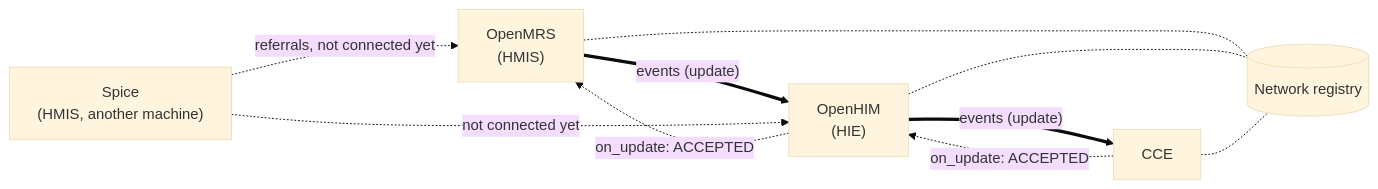
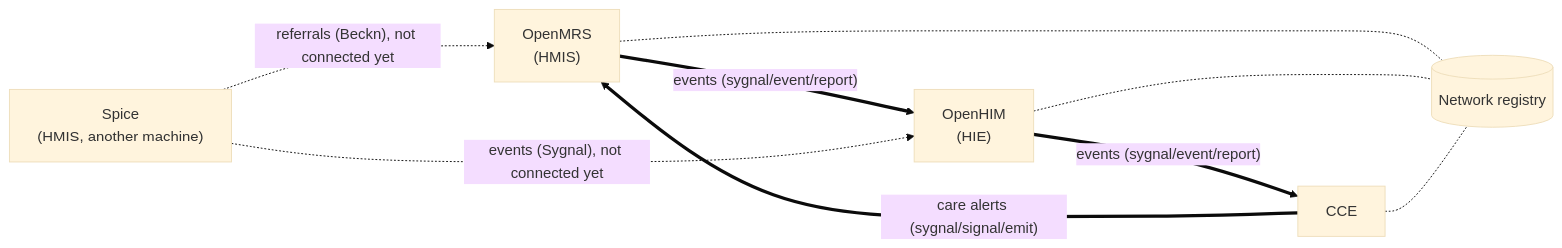
The first of 7 diagrams in one-click-installer/docs/beckn-demo-setup.md (openphc/deploy-scripts), drawn with Mermaid (base theme) before and after one commit. The commit also changed other lines of this file and 60 other files, not shown here.

````diff
--- a/one-click-installer/docs/beckn-demo-setup.md
+++ b/one-click-installer/docs/beckn-demo-setup.md
@@ -35,18 +39,17 @@
 ```mermaid
 flowchart LR
     OMRS["OpenMRS<br/>(HMIS)"]
     HIE["OpenHIM<br/>(HIE)"]
     CCE["CCE"]
     SPICE["Spice<br/>(HMIS, another machine)"]
     REG[("Network registry")]
 
-    OMRS == "events (update)" ==> HIE
-    HIE == "events (update)" ==> CCE
-    CCE -. "on_update: ACCEPTED" .-> HIE
-    HIE -. "on_update: ACCEPTED" .-> OMRS
-    SPICE -. "not connected yet" .-> HIE
-    SPICE -. "referrals, not connected yet" .-> OMRS
+    OMRS == "events (sygnal/event/report)" ==> HIE
+    HIE == "events (sygnal/event/report)" ==> CCE
+    CCE == "care alerts (sygnal/signal/emit)" ==> OMRS
+    SPICE -. "events (Sygnal), not connected yet" .-> HIE
+    SPICE -. "referrals (Beckn), not connected yet" .-> OMRS
     OMRS -.- REG
     HIE -.- REG
     CCE -.- REG
 ```
````
